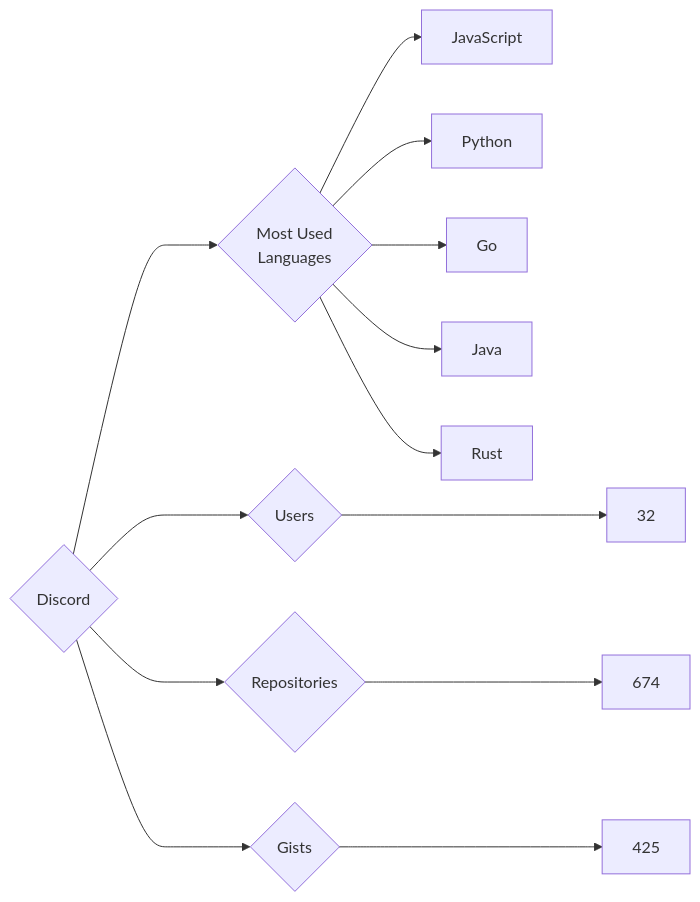
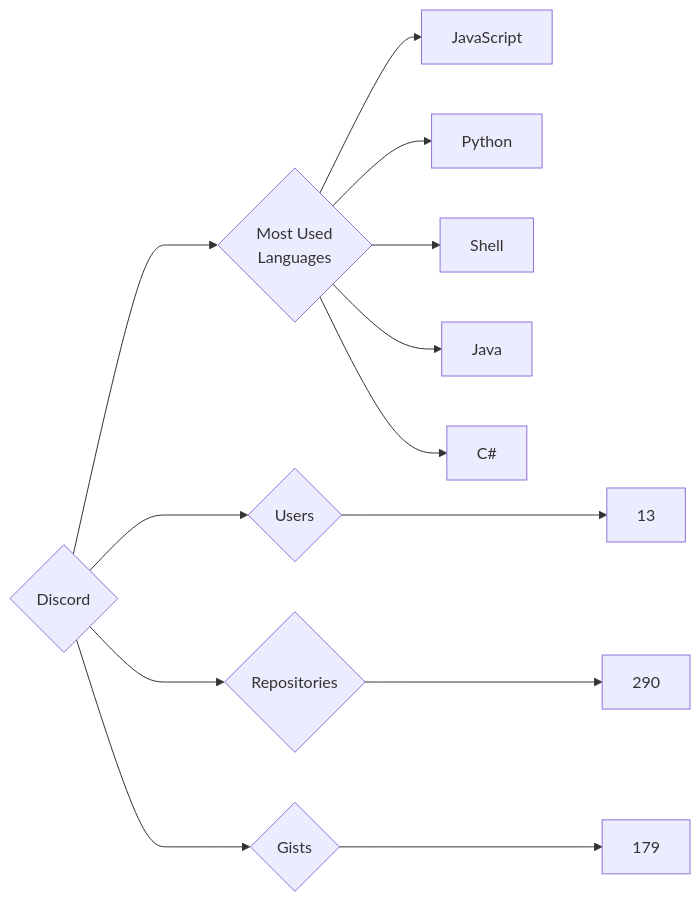
Before and after one commit to trickest/insiders: the diagram in targets/Discord/README.md, drawn with Mermaid. The commit also changed 693 other files, not shown here.

````diff
--- a/targets/Discord/README.md
+++ b/targets/Discord/README.md
@@ -3,13 +3,13 @@
 ```mermaid
 graph LR
 COMPANY_NAME{Discord}
-COMPANY_NAME ---> U{Users} ---> UN[32]
-COMPANY_NAME ---> R{Repositories} ---> RN[674]
-COMPANY_NAME ---> G{Gists} ---> GN[425]
+COMPANY_NAME ---> U{Users} ---> UN[13]
+COMPANY_NAME ---> R{Repositories} ---> RN[290]
+COMPANY_NAME ---> G{Gists} ---> GN[179]
 COMPANY_NAME ---> ML{Most Used<br>Languages}
 ML --> JavaScript[JavaScript]
 ML --> Python[Python]
-ML --> Go[Go]
+ML --> Shell[Shell]
 ML --> Java[Java]
-ML --> Rust[Rust]
+ML --> C#[C#]
 ```
````
